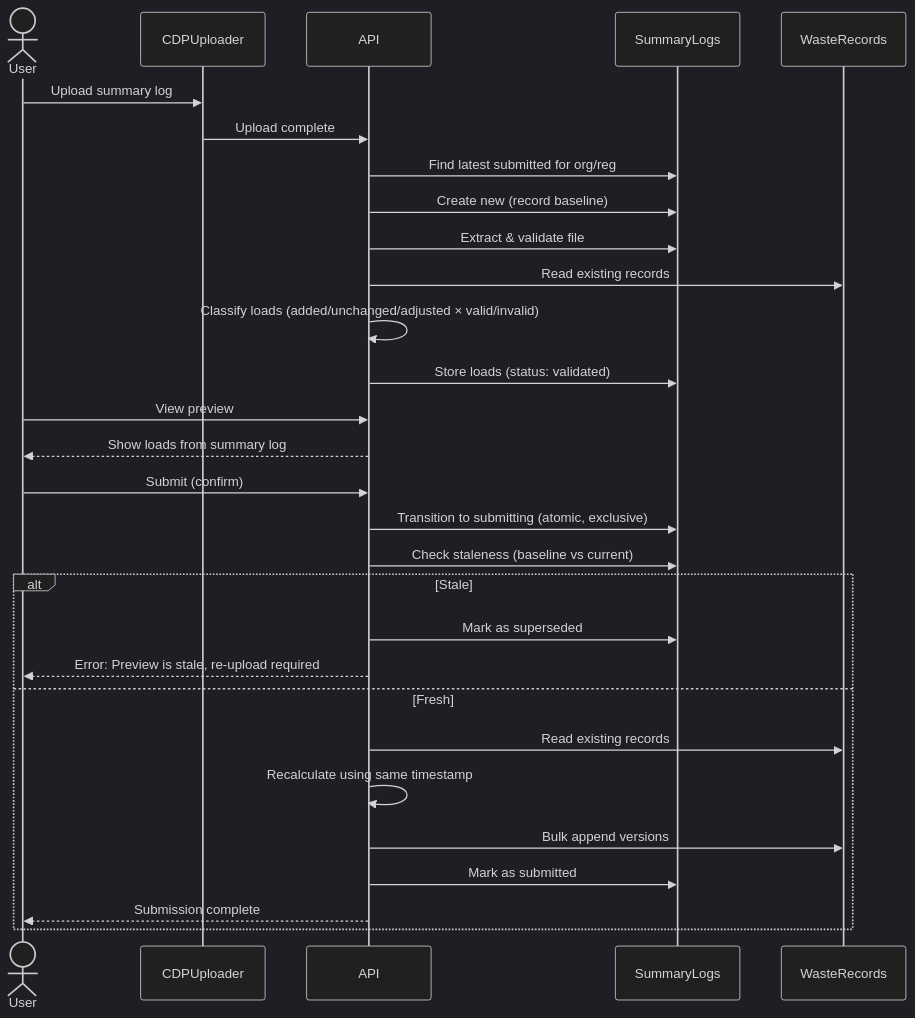
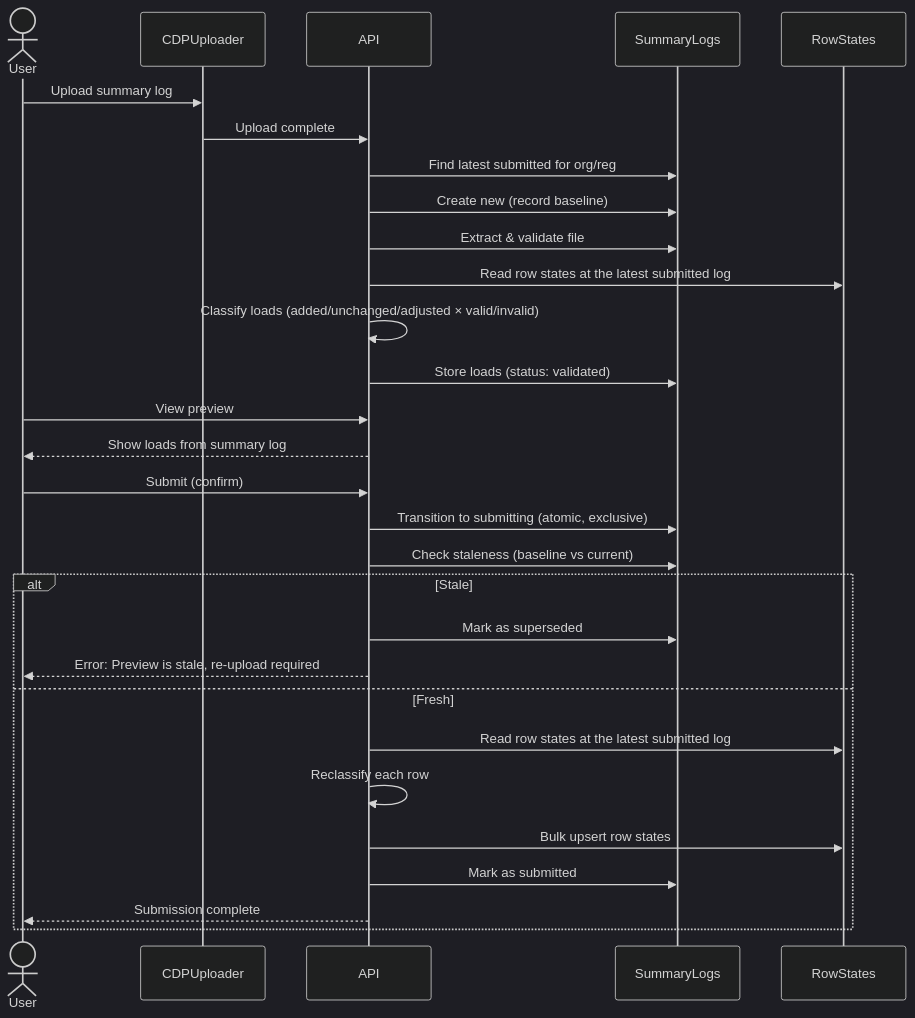
One commit to DEFRA/epr-re-ex-service changed the first of 7 diagrams in docs/architecture/defined/summary-log-submission-lld.md. Above: the diagram before and after it, drawn with Mermaid (dark theme). The commit also changed other lines of this file and 3 other files, not shown here.

Commit message:
PAE-1779: Correct the waste record persistence claims in the defined architecture docs (#405)

````diff
--- a/docs/architecture/defined/summary-log-submission-lld.md
+++ b/docs/architecture/defined/summary-log-submission-lld.md
@@ -59,35 +59,35 @@
 ```mermaid
 sequenceDiagram
     actor User
     participant CDPUploader
     participant API
     participant SummaryLogs
-    participant WasteRecords
+    participant RowStates
 
     User->>CDPUploader: Upload summary log
     CDPUploader->>API: Upload complete
     API->>SummaryLogs: Find latest submitted for org/reg
     API->>SummaryLogs: Create new (record baseline)
 
     API->>SummaryLogs: Extract & validate file
-    API->>WasteRecords: Read existing records
+    API->>RowStates: Read row states at the latest submitted log
     API->>API: Classify loads (added/unchanged/adjusted × valid/invalid)
     API->>SummaryLogs: Store loads (status: validated)
 
     User->>API: View preview
     API-->>User: Show loads from summary log
 
     User->>API: Submit (confirm)
     API->>SummaryLogs: Transition to submitting (atomic, exclusive)
     API->>SummaryLogs: Check staleness (baseline vs current)
     alt Stale
         API->>SummaryLogs: Mark as superseded
         API-->>User: Error: Preview is stale, re-upload required
     else Fresh
-        API->>WasteRecords: Read existing records
-        API->>API: Recalculate using same timestamp
-        API->>WasteRecords: Bulk append versions
+        API->>RowStates: Read row states at the latest submitted log
+        API->>API: Reclassify each row
+        API->>RowStates: Bulk upsert row states
         API->>SummaryLogs: Mark as submitted
         API-->>User: Submission complete
     end
 ```
````
